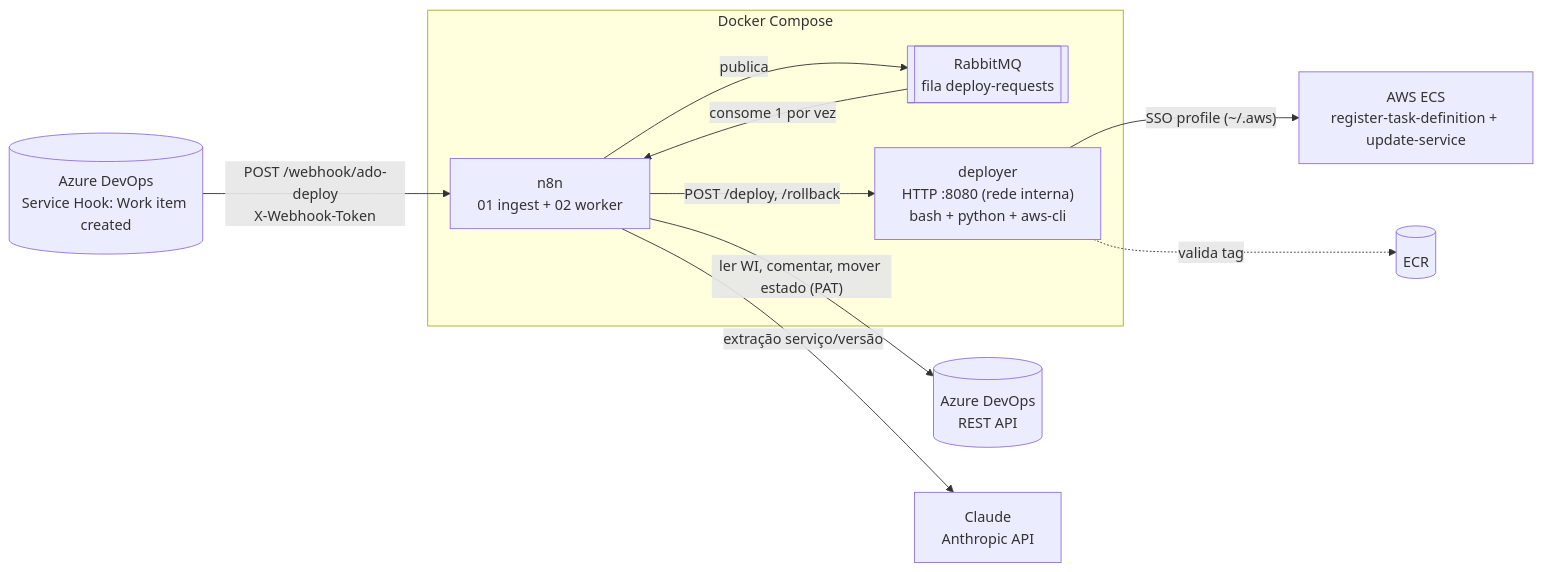
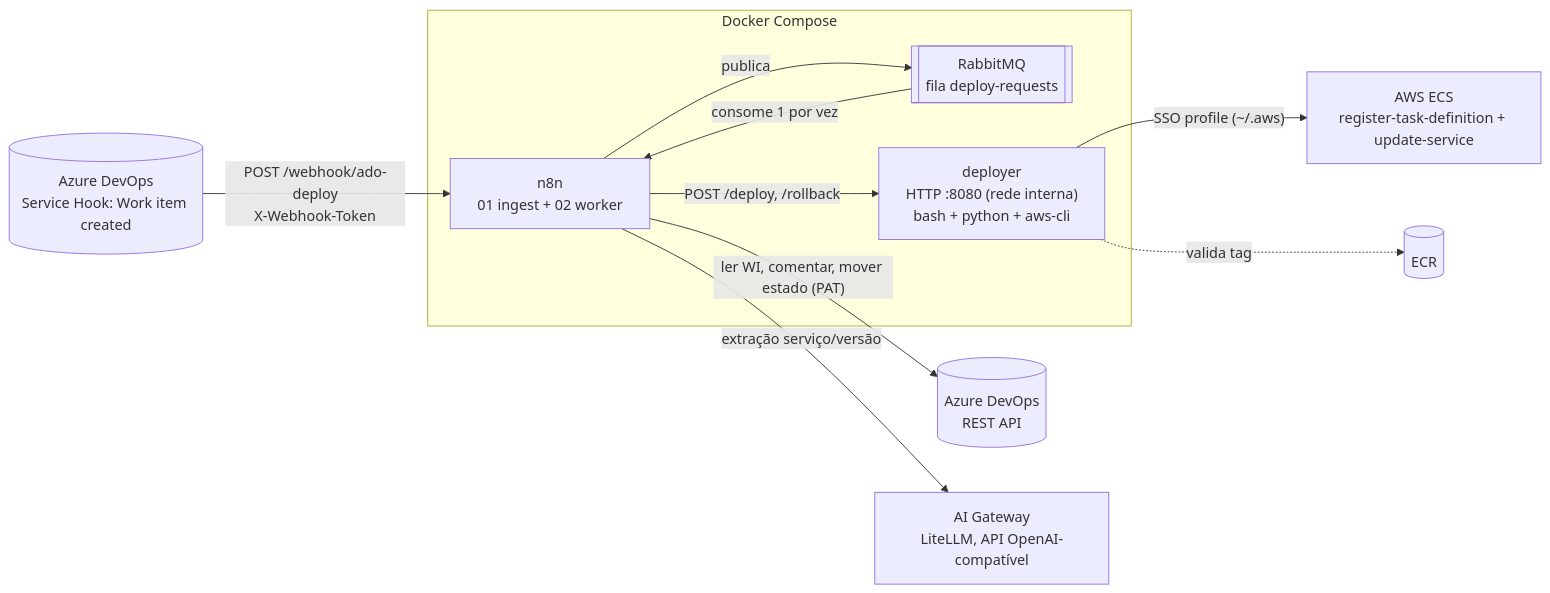
Before and after one commit to diovanibmotta/n8n-deploy-sre: the first of 3 diagrams in README.md, drawn with Mermaid. The commit also changed other lines of this file and 5 other files, not shown here.

First line of the commit message:
feat: usa AI Gateway (API OpenAI-compativel) como modelo do agente

````diff
--- a/README.md
+++ b/README.md
@@ -7,18 +7,18 @@
 ```mermaid
 flowchart LR
   ADO[(Azure DevOps<br/>Service Hook: Work item created)] -- "POST /webhook/ado-deploy<br/>X-Webhook-Token" --> N8N
 
   subgraph Compose [Docker Compose]
     N8N["n8n<br/>01 ingest + 02 worker"]
     MQ[["RabbitMQ<br/>fila deploy-requests"]]
     DEP["deployer<br/>HTTP :8080 (rede interna)<br/>bash + python + aws-cli"]
     N8N -- publica --> MQ
     MQ -- consome 1 por vez --> N8N
     N8N -- "POST /deploy, /rollback" --> DEP
   end
 
   N8N -- "ler WI, comentar, mover estado (PAT)" --> ADO2[(Azure DevOps<br/>REST API)]
-  N8N -- "extração serviço/versão" --> LLM[Claude<br/>Anthropic API]
+  N8N -- "extração serviço/versão" --> LLM[AI Gateway<br/>LiteLLM, API OpenAI-compatível]
   DEP -- "SSO profile (~/.aws)" --> ECS[AWS ECS<br/>register-task-definition + update-service]
   DEP -. valida tag .-> ECR[(ECR)]
 ```
````
